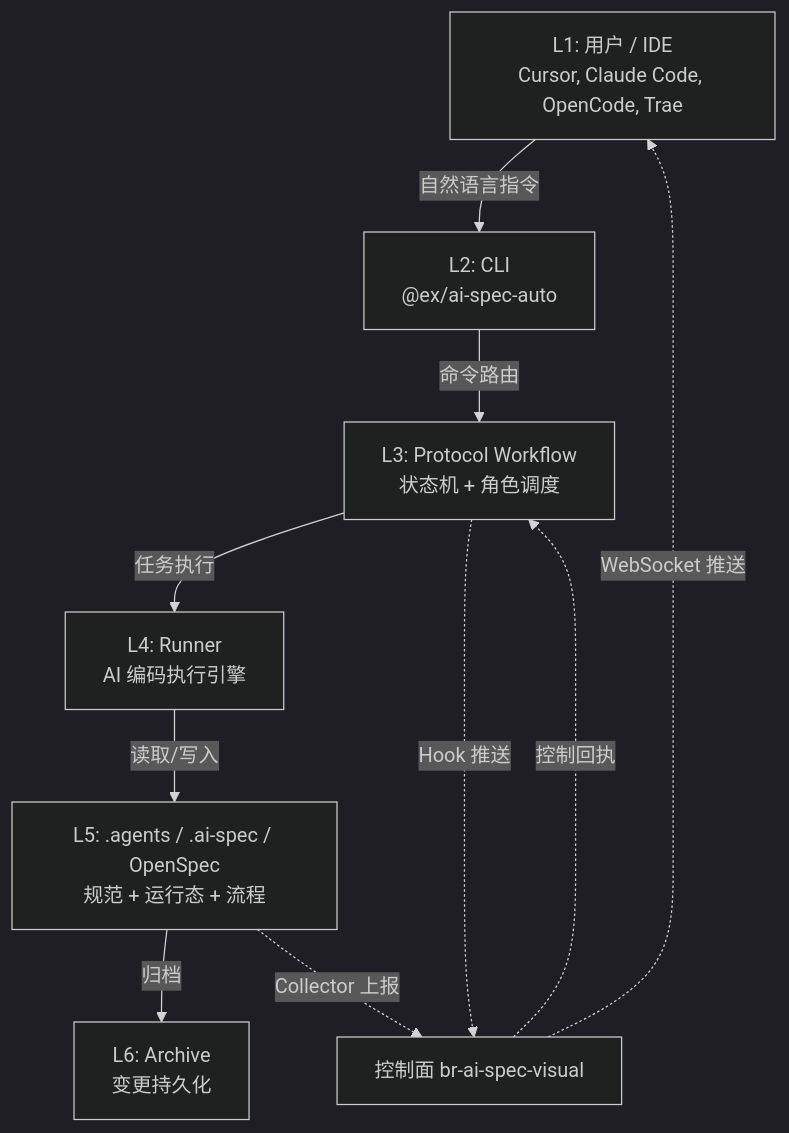
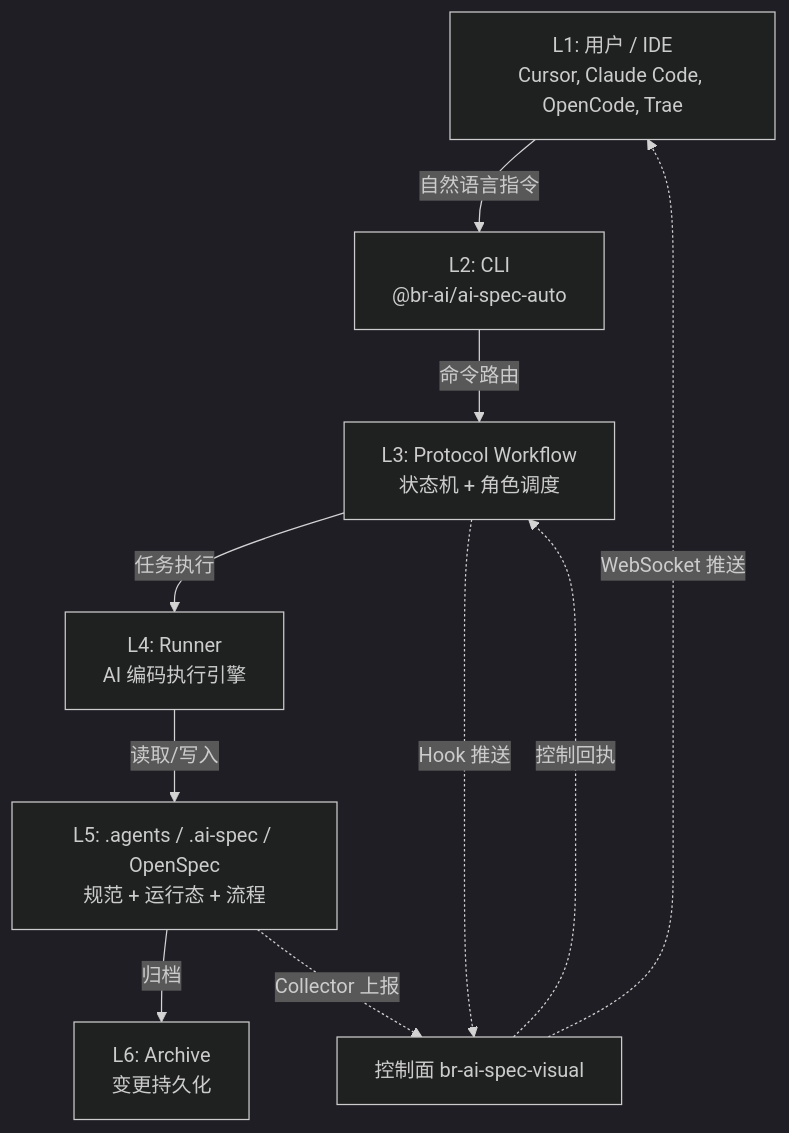
One commit to Colouful/br-ai-spec changed the fourth of 5 diagrams in docs/four/files/TECH_技术架构文档.md. Above: the diagram before and after it, drawn with Mermaid (dark theme). The commit also changed other lines of this file and 38 other files, not shown here.

````diff
--- a/docs/four/files/TECH_技术架构文档.md
+++ b/docs/four/files/TECH_技术架构文档.md
@@ -238,13 +238,13 @@
 ```mermaid
 graph TB
-    U["L1: 用户 / IDE<br/>Cursor, Claude Code, OpenCode, Trae"] -->|"自然语言指令"| C["L2: CLI<br/>@ex/ai-spec-auto"]
+    U["L1: 用户 / IDE<br/>Cursor, Claude Code, OpenCode, Trae"] -->|"自然语言指令"| C["L2: CLI<br/>@br-ai/ai-spec-auto"]
     C -->|"命令路由"| P["L3: Protocol Workflow<br/>状态机 + 角色调度"]
     P -->|"任务执行"| R["L4: Runner<br/>AI 编码执行引擎"]
     R -->|"读取/写入"| S["L5: .agents / .ai-spec / OpenSpec<br/>规范 + 运行态 + 流程"]
     S -->|"归档"| A["L6: Archive<br/>变更持久化"]
     
     P -.->|"Hook 推送"| V["控制面 br-ai-spec-visual"]
     S -.->|"Collector 上报"| V
     V -.->|"WebSocket 推送"| U
     V -.->|"控制回执"| P
 ```
````
